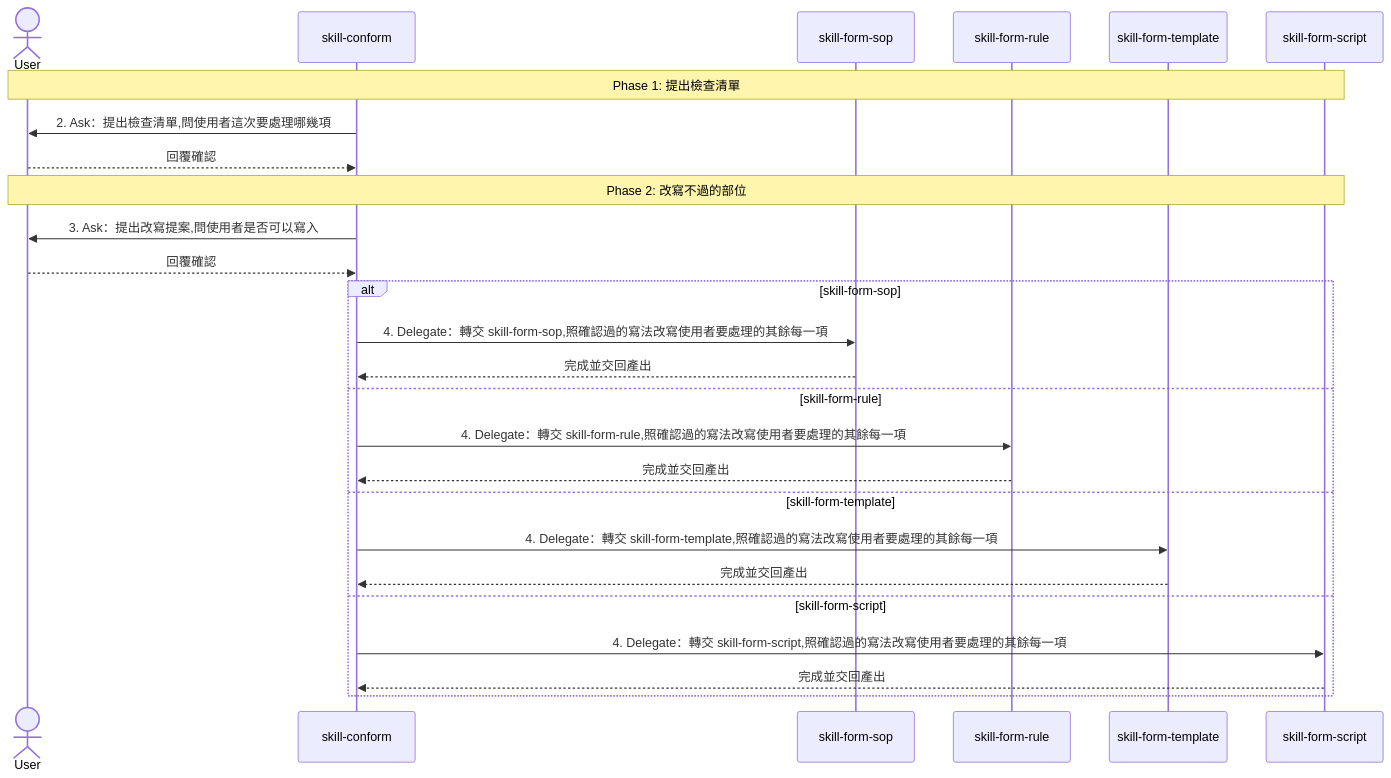
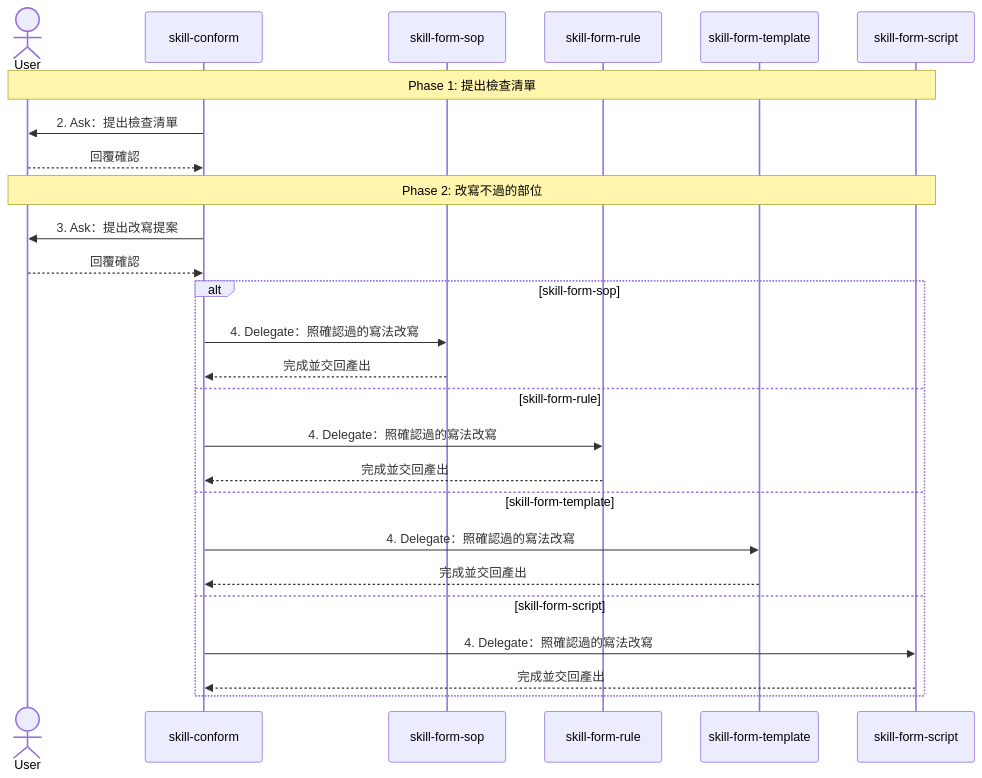
The second of 2 diagrams in .agents/skills/skill-conform/SKILL.md (AI-x-BDD/BDGG-Dev-Skills), drawn with Mermaid before and after one commit. The commit also changed other lines of this file and 31 other files, not shown here.

````diff
--- a/.agents/skills/skill-conform/SKILL.md
+++ b/.agents/skills/skill-conform/SKILL.md
@@ -67,28 +67,28 @@
 ```mermaid
 sequenceDiagram
     actor User
     participant Main as skill-conform
     participant Sub_1 as skill-form-sop
     participant Sub_2 as skill-form-rule
     participant Sub_3 as skill-form-template
     participant Sub_4 as skill-form-script
     Note over User,Sub_4: Phase 1: 提出檢查清單
-    Main->>User: 2. Ask：提出檢查清單,問使用者這次要處理哪幾項
+    Main->>User: 2. Ask：提出檢查清單
     User-->>Main: 回覆確認
     Note over User,Sub_4: Phase 2: 改寫不過的部位
-    Main->>User: 3. Ask：提出改寫提案,問使用者是否可以寫入
+    Main->>User: 3. Ask：提出改寫提案
     User-->>Main: 回覆確認
     alt skill-form-sop
-        Main->>Sub_1: 4. Delegate：轉交 skill-form-sop,照確認過的寫法改寫使用者要處理的其餘每一項
+        Main->>Sub_1: 4. Delegate：照確認過的寫法改寫
         Sub_1-->>Main: 完成並交回產出
     else skill-form-rule
-        Main->>Sub_2: 4. Delegate：轉交 skill-form-rule,照確認過的寫法改寫使用者要處理的其餘每一項
+        Main->>Sub_2: 4. Delegate：照確認過的寫法改寫
         Sub_2-->>Main: 完成並交回產出
     else skill-form-template
-        Main->>Sub_3: 4. Delegate：轉交 skill-form-template,照確認過的寫法改寫使用者要處理的其餘每一項
+        Main->>Sub_3: 4. Delegate：照確認過的寫法改寫
         Sub_3-->>Main: 完成並交回產出
     else skill-form-script
-        Main->>Sub_4: 4. Delegate：轉交 skill-form-script,照確認過的寫法改寫使用者要處理的其餘每一項
+        Main->>Sub_4: 4. Delegate：照確認過的寫法改寫
         Sub_4-->>Main: 完成並交回產出
     end
 ```
````
